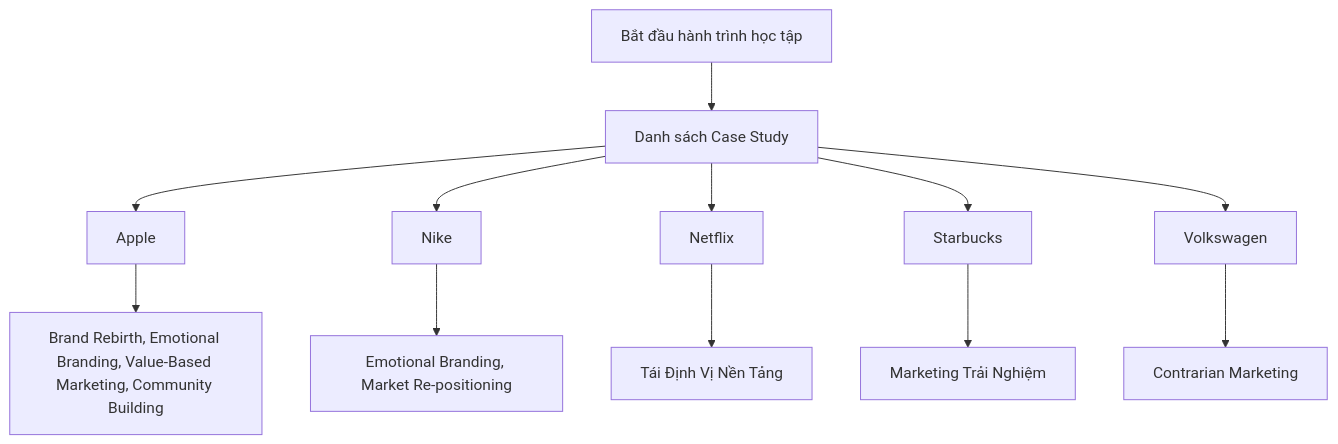
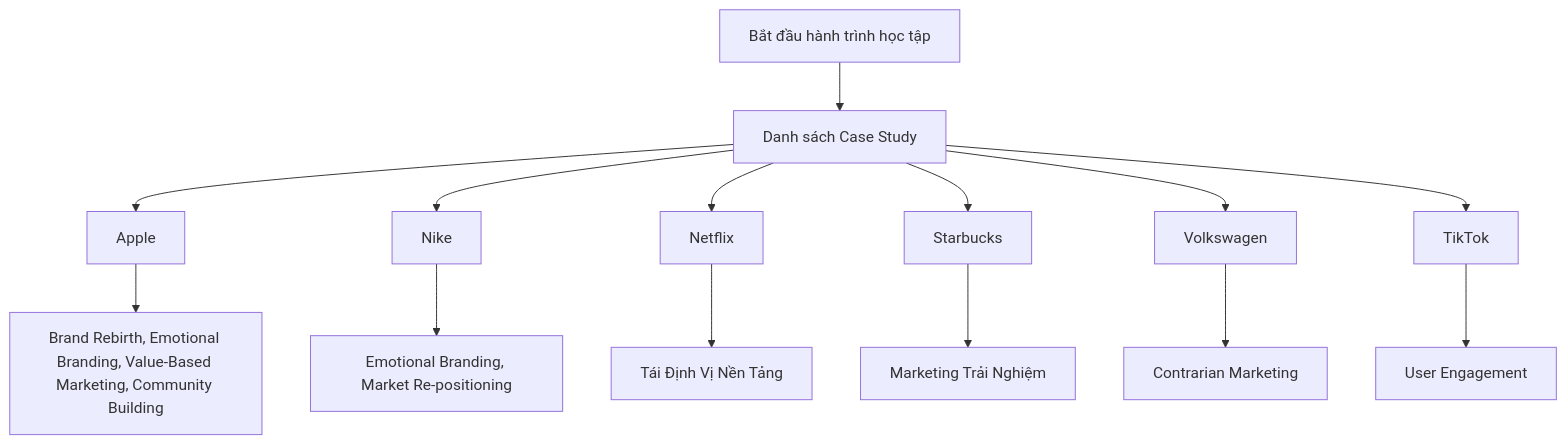
Before and after one commit to quy2003/daily-marketing-cases: the diagram in README.md, drawn with Mermaid. The commit also changed other lines of this file and 3 other files, not shown here.

````diff
--- a/README.md
+++ b/README.md
@@ -25,14 +25,16 @@
 ```mermaid
 graph TD
     Start[Bắt đầu hành trình học tập] --> DailyCases[Danh sách Case Study]
     DailyCases --> Apple["Apple"]
     Apple --> BrandRebirthEmotionalBrandingValueBasedMarketingCommunityBuilding["Brand Rebirth, Emotional Branding, Value-Based Marketing, Community Building"]
     DailyCases --> Nike["Nike"]
     Nike --> EmotionalBrandingMarketRepositioning["Emotional Branding, Market Re-positioning"]
     DailyCases --> Netflix["Netflix"]
     Netflix --> TinhVNnTng["Tái Định Vị Nền Tảng"]
     DailyCases --> Starbucks["Starbucks"]
     Starbucks --> MarketingTriNghim["Marketing Trải Nghiệm"]
     DailyCases --> Volkswagen["Volkswagen"]
     Volkswagen --> ContrarianMarketing["Contrarian Marketing"]
+    DailyCases --> TikTok["TikTok"]
+    TikTok --> UserEngagement["User Engagement"]
 ```
````
